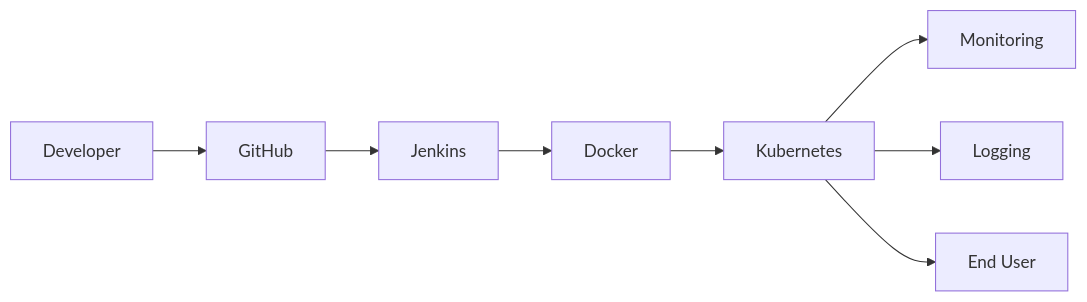
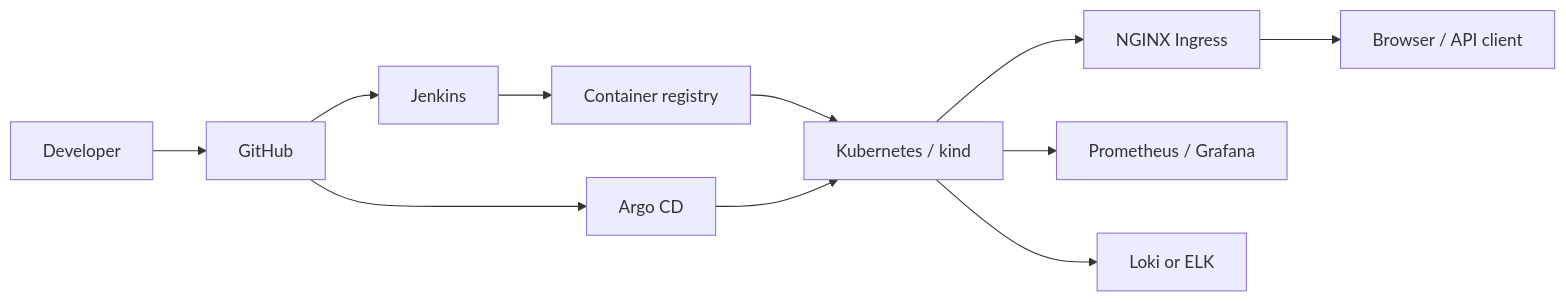
One commit to pyrosensei/Capstone_Devops changed the first of 2 diagrams in TECHNICAL_REPORT.md. Above: the diagram before and after it, drawn with Mermaid. The commit also changed other lines of this file and 10 other files, not shown here.

````diff
--- a/TECHNICAL_REPORT.md
+++ b/TECHNICAL_REPORT.md
@@ -16,10 +34,13 @@
 ```mermaid
 flowchart LR
-  Developer --> GitHub
-  GitHub --> Jenkins
-  Jenkins --> Docker
-  Docker --> K8s[Kubernetes]
-  K8s --> Monitoring
-  K8s --> Logging
-  K8s --> EndUser[End User]
+  Dev[Developer] --> Git[GitHub]
+  Git --> Jenkins[Jenkins]
+  Jenkins --> Registry[Container registry]
+  Registry --> Cluster[Kubernetes / kind]
+  Git --> Argo[Argo CD]
+  Argo --> Cluster
+  Cluster --> Ingress[NGINX Ingress]
+  Ingress --> Browser[Browser / API client]
+  Cluster --> Prom[Prometheus / Grafana]
+  Cluster --> Logs[Loki or ELK]
 ```
````
